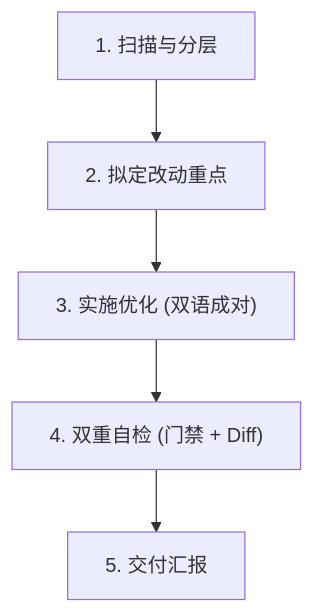
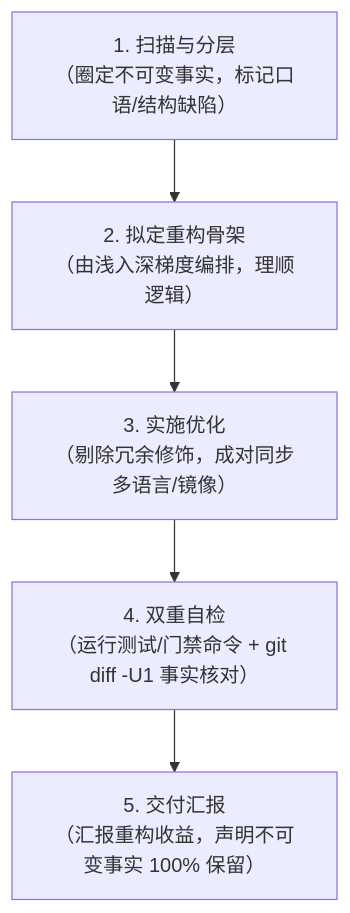
Before and after one commit to szStarWave/agent-store-site: the third of 3 diagrams in .agents/skills/agent-store-docs-polish/SKILL.md, drawn with Mermaid. The commit also changed other lines of this file, not shown here.

````diff
--- a/.agents/skills/agent-store-docs-polish/SKILL.md
+++ b/.agents/skills/agent-store-docs-polish/SKILL.md
@@ -102,7 +204,7 @@
 ```mermaid
 flowchart TD
-    A["1. 扫描与分层"] --> B["2. 拟定改动重点"]
-    B --> C["3. 实施优化 (双语成对)"]
-    C --> D["4. 双重自检 (门禁 + Diff)"]
-    D --> E["5. 交付汇报"]
+    Step1["1. 扫描与分层\n（圈定不可变事实，标记口语/结构缺陷）"] --> Step2["2. 拟定重构骨架\n（由浅入深梯度编排，理顺逻辑）"]
+    Step2 --> Step3["3. 实施优化\n（剔除冗余修饰，成对同步多语言/镜像）"]
+    Step3 --> Step4["4. 双重自检\n（运行测试/门禁命令 + git diff -U1 事实核对）"]
+    Step4 --> Step5["5. 交付汇报\n（汇报重构收益，声明不可变事实 100% 保留）"]
 ```
````
